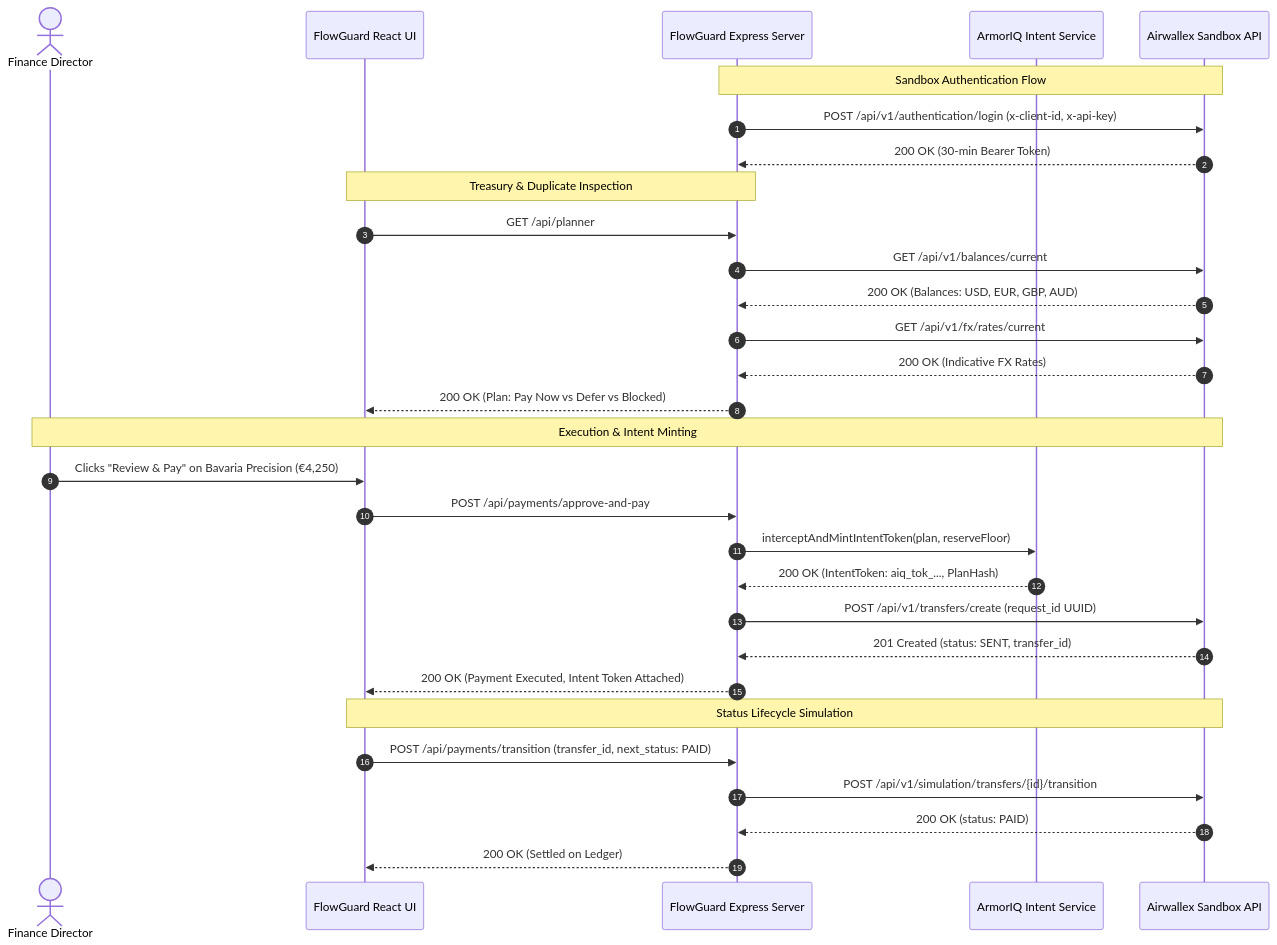
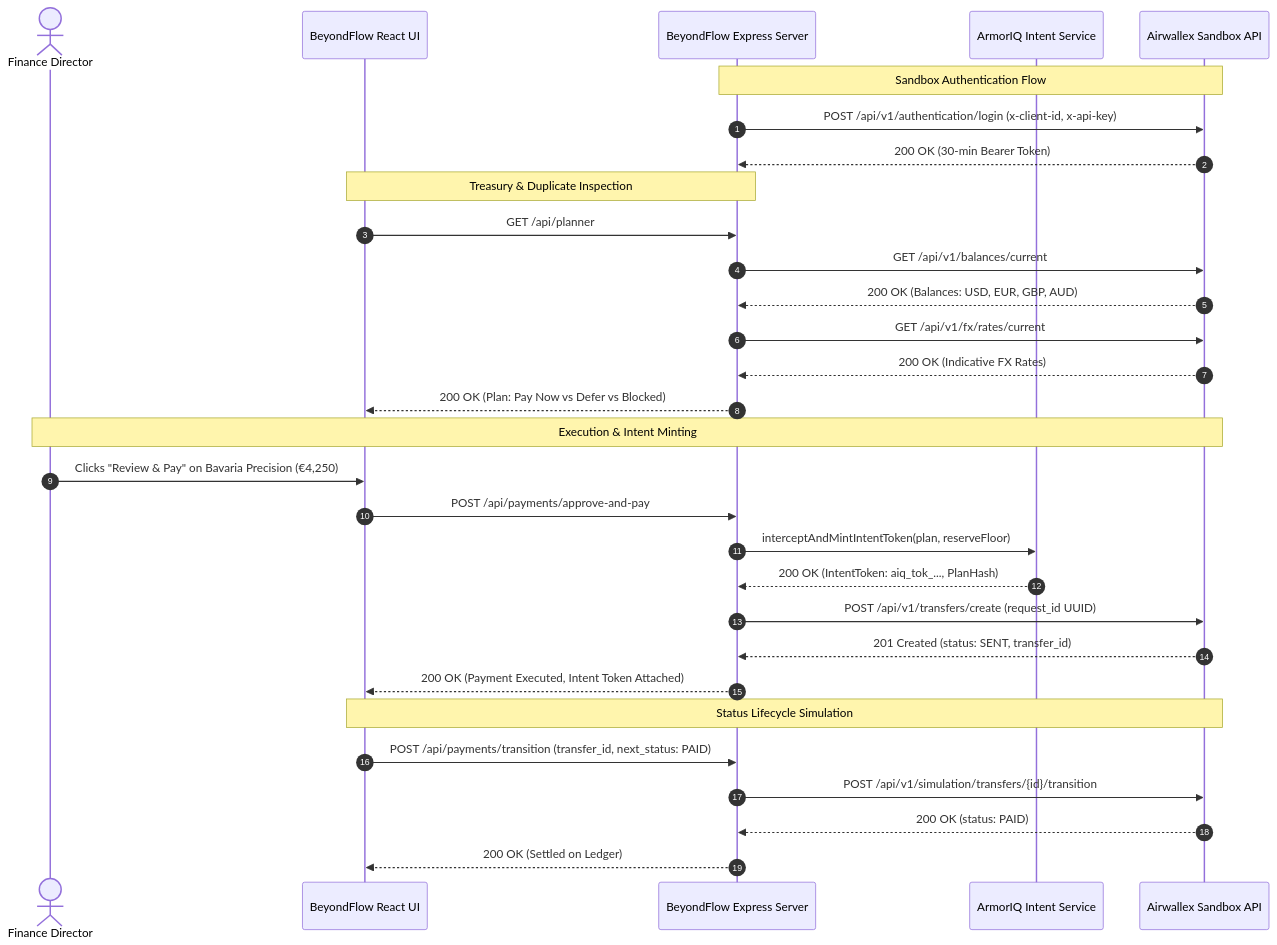
The second of 2 diagrams in flowguard_hackathon_dossier.md (vikassharma270907-alt/flowguard-treasury), drawn with Mermaid before and after one commit. The commit also changed other lines of this file and 54 other files, not shown here.

````diff
--- a/flowguard_hackathon_dossier.md
+++ b/flowguard_hackathon_dossier.md
@@ -112,36 +112,36 @@
 ```mermaid
 sequenceDiagram
     autonumber
     actor Approver as Finance Director
-    participant UI as FlowGuard React UI
-    participant Server as FlowGuard Express Server
+    participant UI as BeyondFlow React UI
+    participant Server as BeyondFlow Express Server
     participant AIQ as ArmorIQ Intent Service
     participant AWX as Airwallex Sandbox API
 
     Note over Server,AWX: Sandbox Authentication Flow
     Server->>AWX: POST /api/v1/authentication/login (x-client-id, x-api-key)
     AWX-->>Server: 200 OK (30-min Bearer Token)
 
     Note over UI,Server: Treasury & Duplicate Inspection
     UI->>Server: GET /api/planner
     Server->>AWX: GET /api/v1/balances/current
     AWX-->>Server: 200 OK (Balances: USD, EUR, GBP, AUD)
     Server->>AWX: GET /api/v1/fx/rates/current
     AWX-->>Server: 200 OK (Indicative FX Rates)
     Server-->>UI: 200 OK (Plan: Pay Now vs Defer vs Blocked)
 
     Note over Approver,AWX: Execution & Intent Minting
     Approver->>UI: Clicks "Review & Pay" on Bavaria Precision (€4,250)
     UI->>Server: POST /api/payments/approve-and-pay
     Server->>AIQ: interceptAndMintIntentToken(plan, reserveFloor)
     AIQ-->>Server: 200 OK (IntentToken: aiq_tok_..., PlanHash)
     Server->>AWX: POST /api/v1/transfers/create (request_id UUID)
     AWX-->>Server: 201 Created (status: SENT, transfer_id)
     Server-->>UI: 200 OK (Payment Executed, Intent Token Attached)
 
     Note over UI,AWX: Status Lifecycle Simulation
     UI->>Server: POST /api/payments/transition (transfer_id, next_status: PAID)
     Server->>AWX: POST /api/v1/simulation/transfers/{id}/transition
     AWX-->>Server: 200 OK (status: PAID)
     Server-->>UI: 200 OK (Settled on Ledger)
 ```
````
